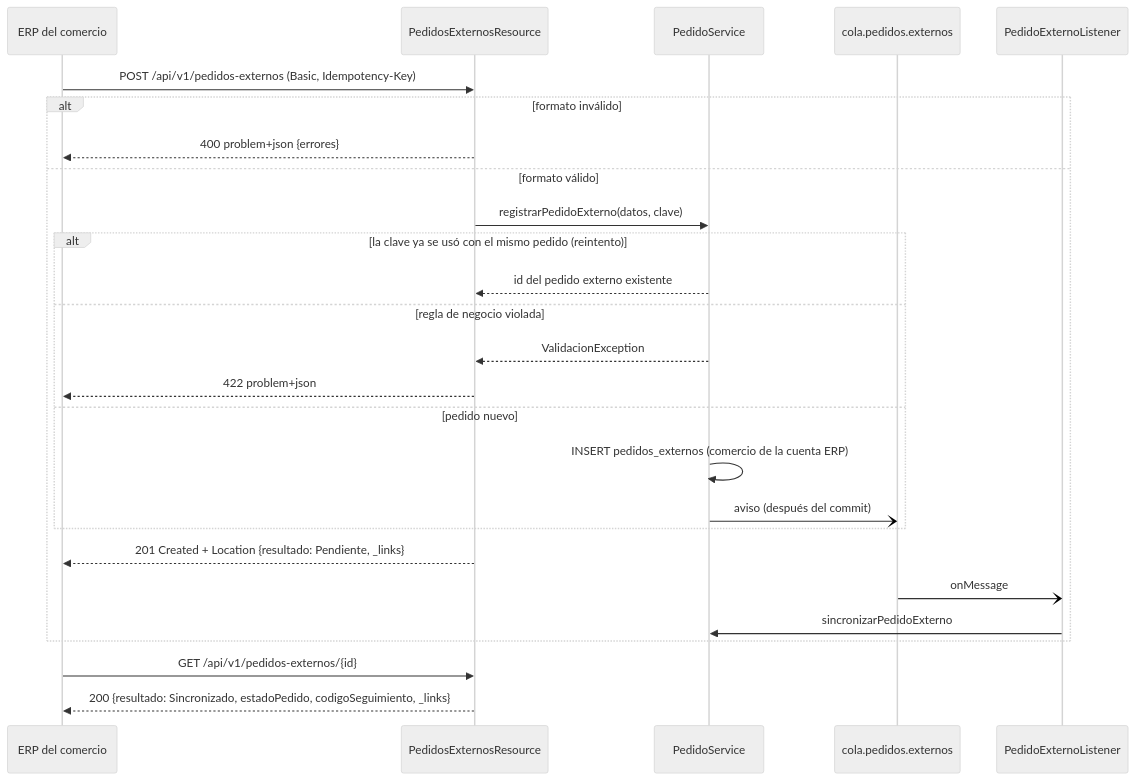
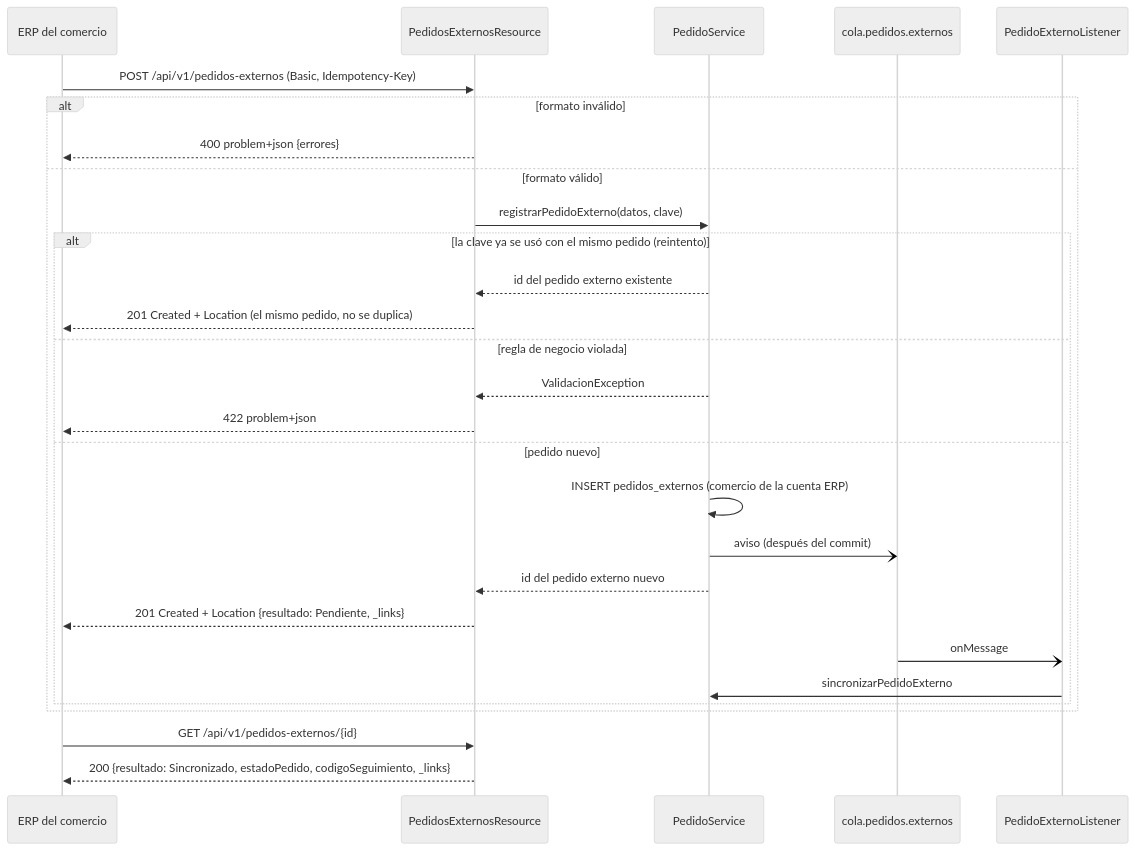
One commit to feliforte14/Rabbit changed the fourth of 4 diagrams in docs/integraciones/MENSAJERIA-SINCRONICA.md. Above: the diagram before and after it, drawn with Mermaid (neutral theme). The commit also changed other lines of this file and 5 other files, not shown here.

First line of the commit message:
Documentación: diagramas corregidos y legibilidad de arquitectura y mensajería

````diff
--- a/docs/integraciones/MENSAJERIA-SINCRONICA.md
+++ b/docs/integraciones/MENSAJERIA-SINCRONICA.md
@@ -393,28 +399,30 @@
 ```mermaid
 sequenceDiagram
     participant ERP as ERP del comercio
     participant API as PedidosExternosResource
     participant PS as PedidoService
     participant Q as cola.pedidos.externos
     participant MDB as PedidoExternoListener
     ERP->>API: POST /api/v1/pedidos-externos (Basic, Idempotency-Key)
     alt formato inválido
         API-->>ERP: 400 problem+json {errores}
     else formato válido
         API->>PS: registrarPedidoExterno(datos, clave)
         alt la clave ya se usó con el mismo pedido (reintento)
             PS-->>API: id del pedido externo existente
+            API-->>ERP: 201 Created + Location (el mismo pedido, no se duplica)
         else regla de negocio violada
             PS-->>API: ValidacionException
             API-->>ERP: 422 problem+json
         else pedido nuevo
             PS->>PS: INSERT pedidos_externos (comercio de la cuenta ERP)
             PS-)Q: aviso (después del commit)
+            PS-->>API: id del pedido externo nuevo
+            API-->>ERP: 201 Created + Location {resultado: Pendiente, _links}
+            Q-)MDB: onMessage
+            MDB->>PS: sincronizarPedidoExterno
         end
-        API-->>ERP: 201 Created + Location {resultado: Pendiente, _links}
-        Q-)MDB: onMessage
-        MDB->>PS: sincronizarPedidoExterno
     end
     ERP->>API: GET /api/v1/pedidos-externos/{id}
     API-->>ERP: 200 {resultado: Sincronizado, estadoPedido, codigoSeguimiento, _links}
 ```
````
